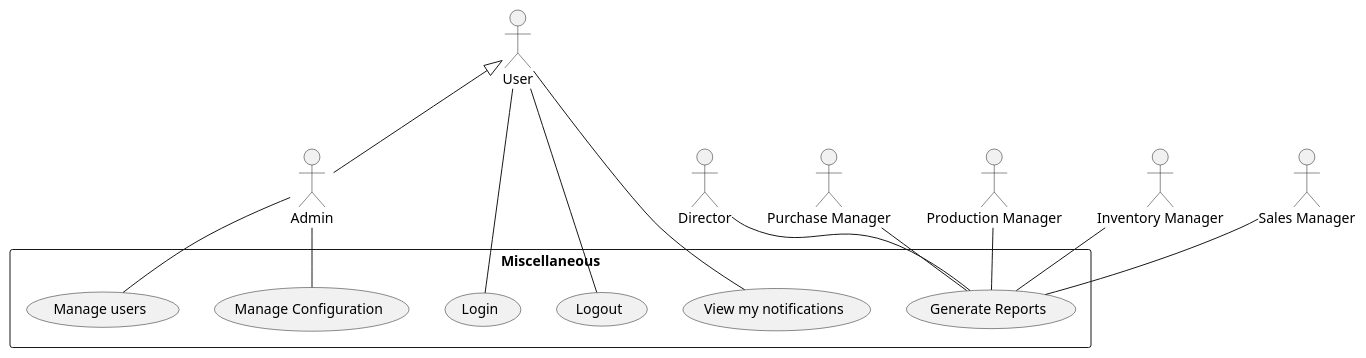
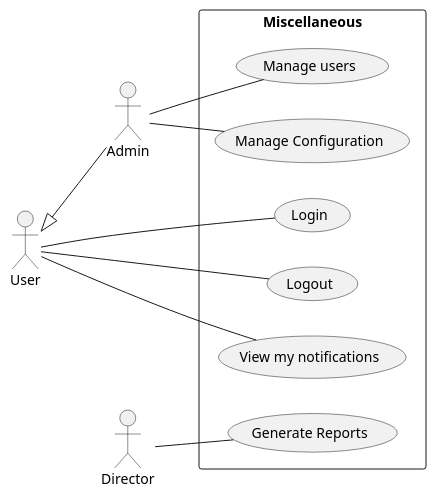
Before and after one commit to phihungha/scmss-reqs: the diagram in use-cases/misc.plantuml, drawn with PlantUML. The commit also changed 1 other file, not shown here.

```diff
--- a/use-cases/misc.plantuml
+++ b/use-cases/misc.plantuml
@@ -1,27 +1,20 @@
 @startuml misc
+left to right direction
 
 :Admin: as ad
 :User: as u
 u <|-- ad
 
 :Director: as d
-:Purchase Manager: as pur_m
-:Production Manager: as prod_m
-:Inventory Manager: as im
-:Sales Manager: as sm
 
 rectangle Miscellaneous {
     u -- (Login)
     u -- (Logout)
     u -- (View my notifications)
 
     ad -- (Manage users)
     ad -- (Manage Configuration)
 
     d -- (Generate Reports)
-    pur_m -- (Generate Reports)
-    prod_m -- (Generate Reports)
-    im -- (Generate Reports)
-    sm -- (Generate Reports)
 }
 @enduml
```
